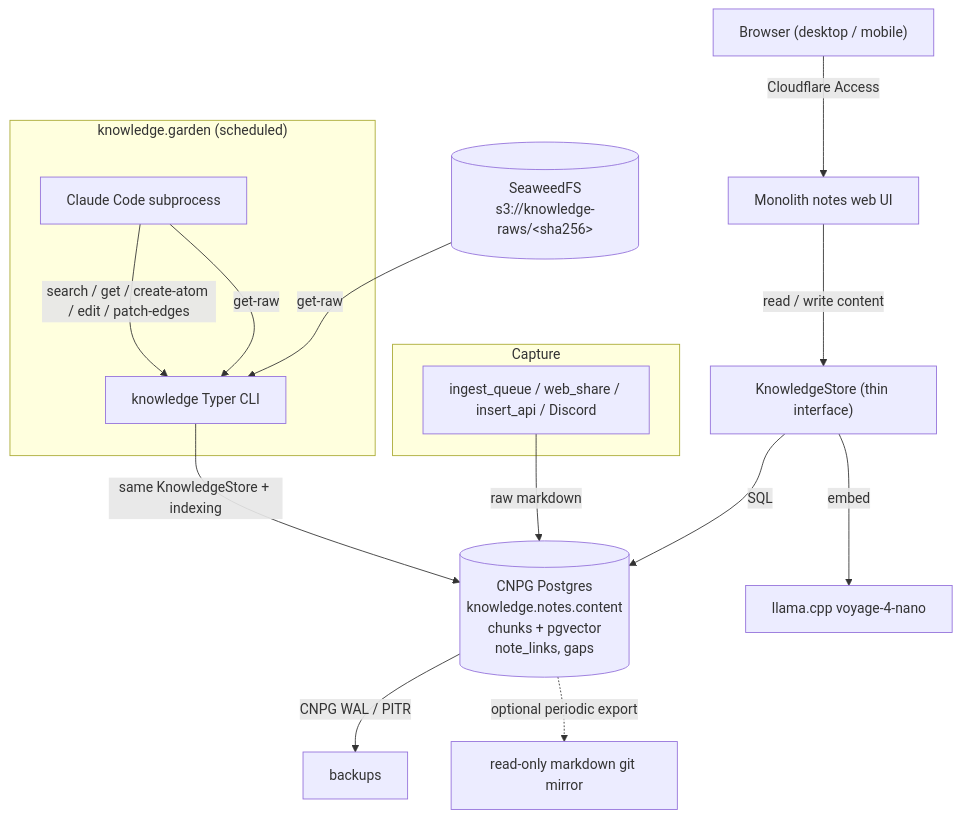
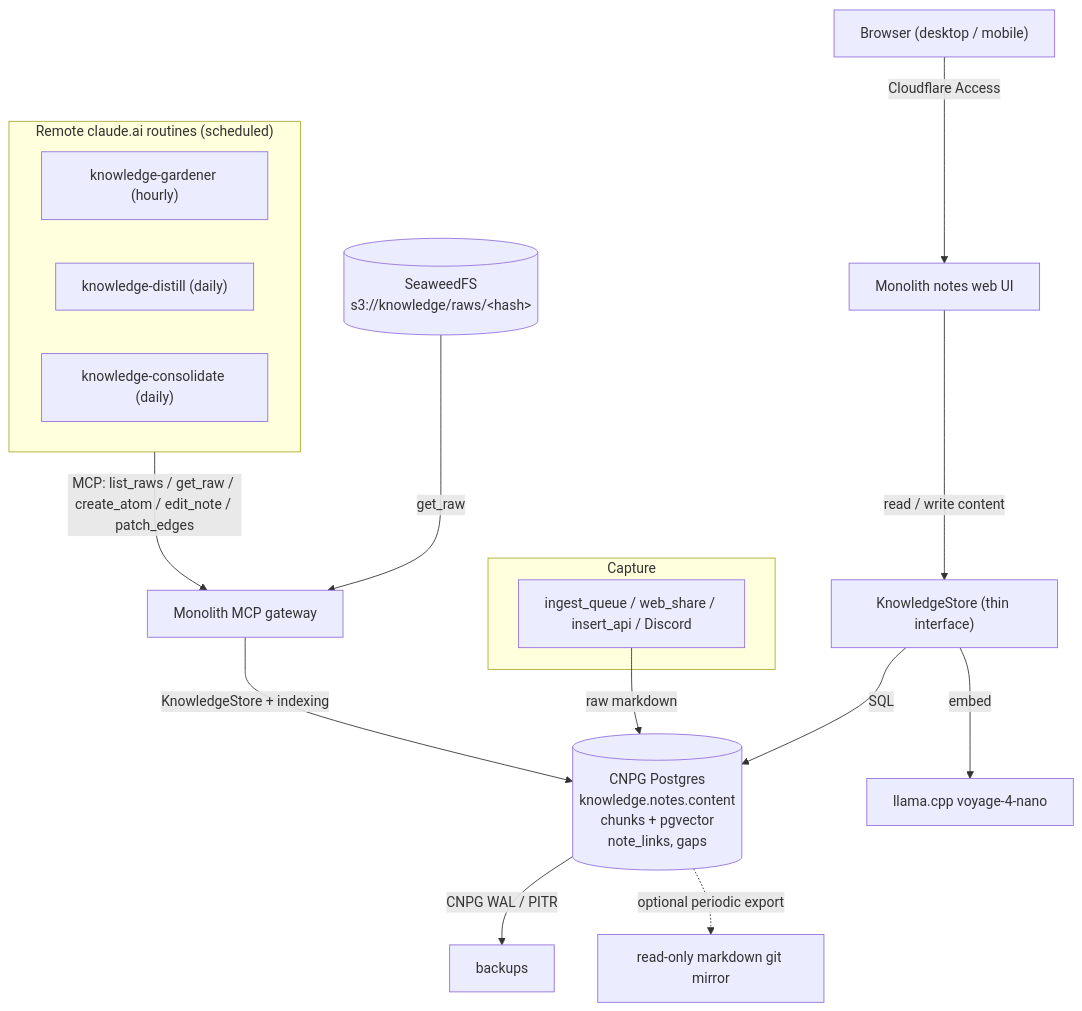
One commit to jomcgi-org/homelab changed the diagram in docs/decisions/platform/006-obsidian-decommission-postgres-interim.md. Above: the diagram before and after it, drawn with Mermaid. The commit also changed other lines of this file, not shown here.

Commit message:
docs(adr): sync ADR 006 table + diagram with the MCP-routine gardener

````diff
--- a/docs/decisions/platform/006-obsidian-decommission-postgres-interim.md
+++ b/docs/decisions/platform/006-obsidian-decommission-postgres-interim.md
@@ -66,22 +66,24 @@
 ```mermaid
 graph TB
     Browser["Browser (desktop / mobile)"] -->|Cloudflare Access| WebUI["Monolith notes web UI"]
     WebUI -->|read / write content| Store["KnowledgeStore (thin interface)"]
     Store -->|SQL| PG[("CNPG Postgres<br/>knowledge.notes.content<br/>chunks + pgvector<br/>note_links, gaps")]
     Store -->|embed| LLAMA["llama.cpp voyage-4-nano"]
 
     subgraph Capture
       IQ["ingest_queue / web_share / insert_api / Discord"]
     end
     IQ -->|raw markdown| PG
 
-    subgraph Gardener["knowledge.garden (scheduled)"]
-      CC["Claude Code subprocess"] -->|search / get / create-atom / edit / patch-edges| CLI["knowledge Typer CLI"]
-      CC -->|get-raw| CLI
+    subgraph Routines["Remote claude.ai routines (scheduled)"]
+      GARD["knowledge-gardener (hourly)"]
+      DIST["knowledge-distill (daily)"]
+      CONS["knowledge-consolidate (daily)"]
     end
-    CLI -->|same KnowledgeStore + indexing| PG
-    RAW[("SeaweedFS<br/>s3://knowledge-raws/&lt;sha256&gt;")] -->|get-raw| CLI
+    Routines -->|MCP: list_raws / get_raw / create_atom / edit_note / patch_edges| MCP["Monolith MCP gateway"]
+    MCP -->|KnowledgeStore + indexing| PG
+    RAW[("SeaweedFS<br/>s3://knowledge/raws/&lt;hash&gt;")] -->|get_raw| MCP
 
     PG -->|CNPG WAL / PITR| BK["backups"]
     PG -.->|optional periodic export| GIT["read-only markdown git mirror"]
 ```
````
